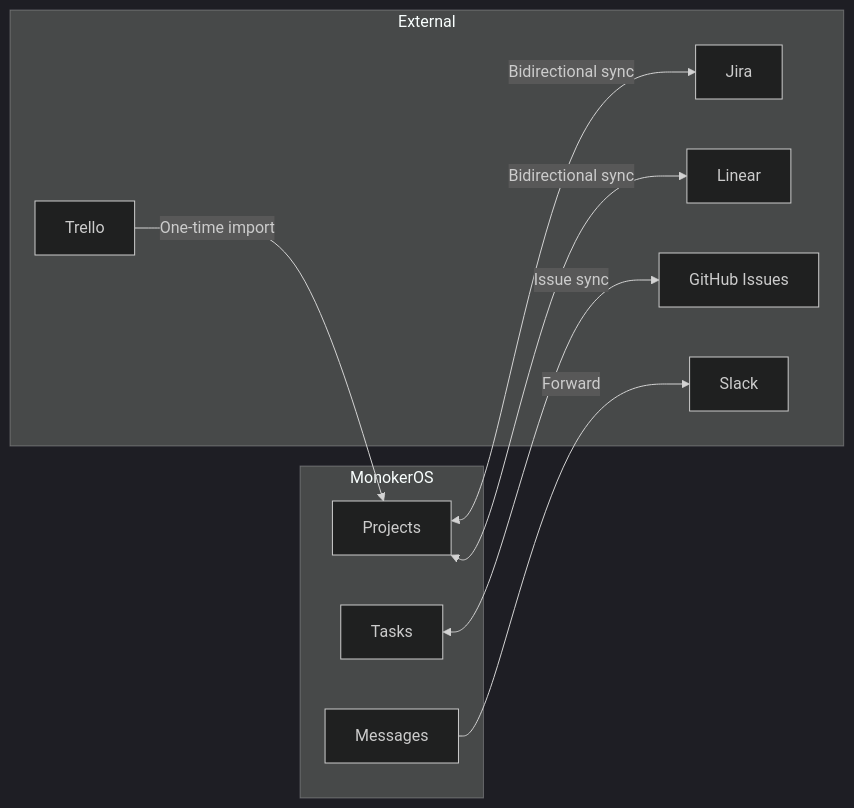
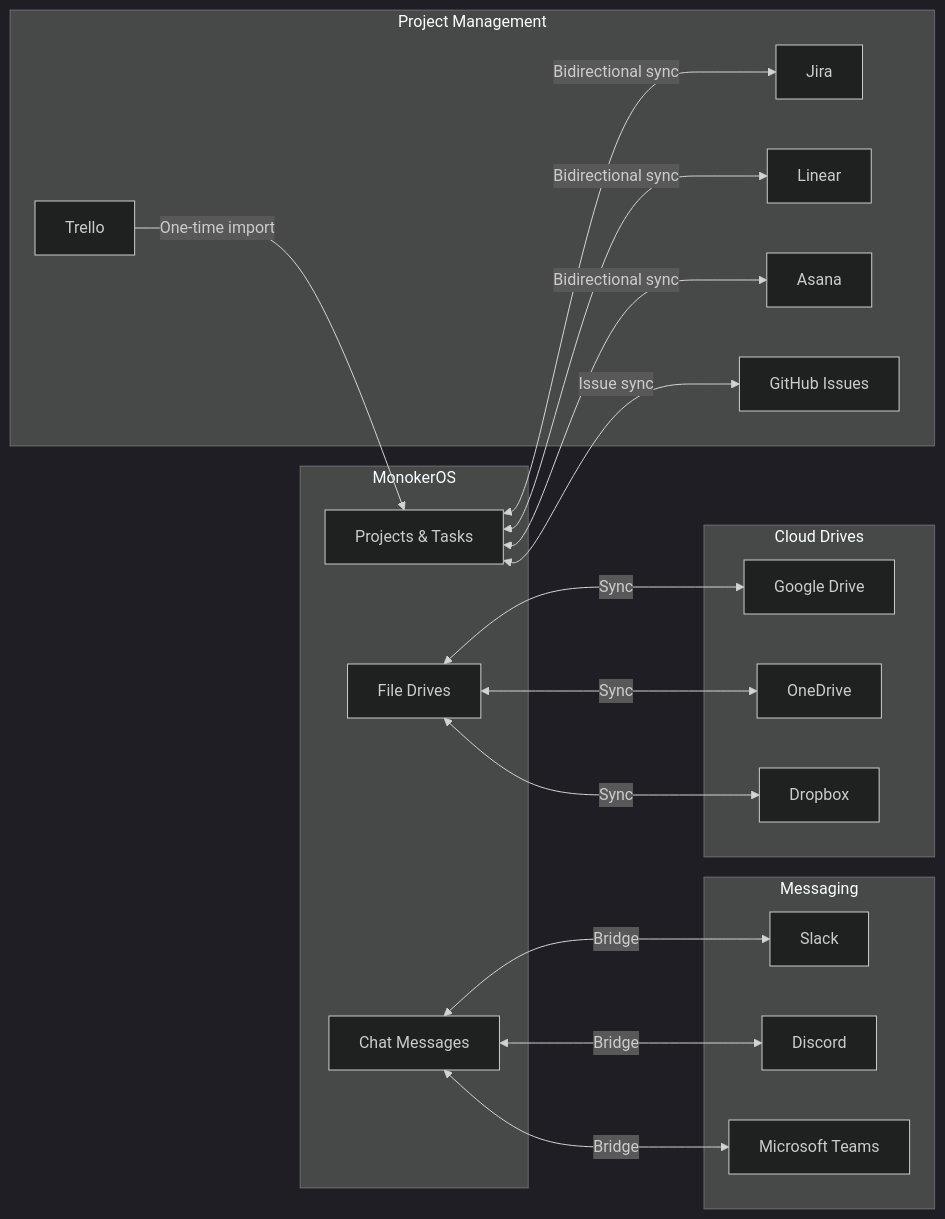
Before and after one commit to pde-rent/monokeros: the third of 3 diagrams in docs/roadmap/future.md, drawn with Mermaid (dark theme). The commit also changed other lines of this file and 50 other files, not shown here.

````diff
--- a/docs/roadmap/future.md
+++ b/docs/roadmap/future.md
@@ -107,22 +149,34 @@
 ```mermaid
 flowchart LR
     subgraph MonokerOS
-        P[Projects]
-        T[Tasks]
-        M[Messages]
+        P["Projects & Tasks"]
+        M["Chat Messages"]
+        D["File Drives"]
     end
 
-    subgraph External
-        J[Jira]
-        L[Linear]
-        TR[Trello]
-        GH[GitHub Issues]
-        SL[Slack]
+    subgraph PM["Project Management"]
+        J["Jira"]
+        L["Linear"]
+        AS["Asana"]
+        TR["Trello"]
+        GH["GitHub Issues"]
     end
 
-    P <-->|"Bidirectional sync"| J
-    P <-->|"Bidirectional sync"| L
+    subgraph Chat["Messaging"]
+        SL["Slack"]
+        DC["Discord"]
+        MT["Microsoft Teams"]
+    end
+
+    subgraph Storage["Cloud Drives"]
+        GD["Google Drive"]
+        OD["OneDrive"]
+        DB["Dropbox"]
+    end
+
+    P <-->|"Bidirectional sync"| J & L & AS
     TR -->|"One-time import"| P
-    T <-->|"Issue sync"| GH
-    M -->|"Forward"| SL
+    P <-->|"Issue sync"| GH
+    M <-->|"Bridge"| SL & DC & MT
+    D <-->|"Sync"| GD & OD & DB
 ```
````
